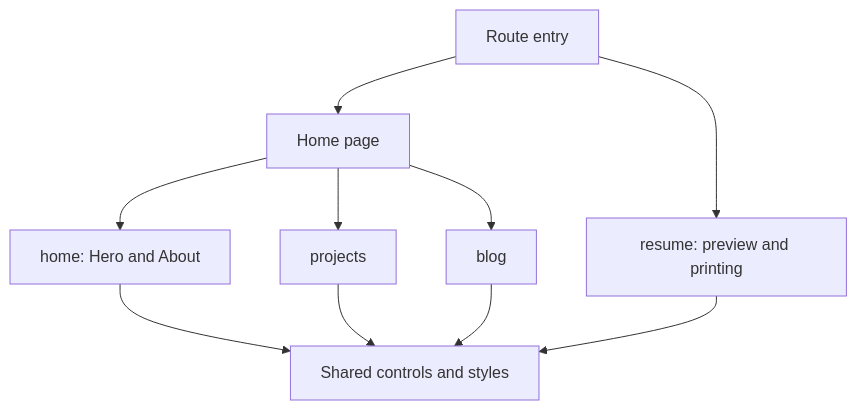
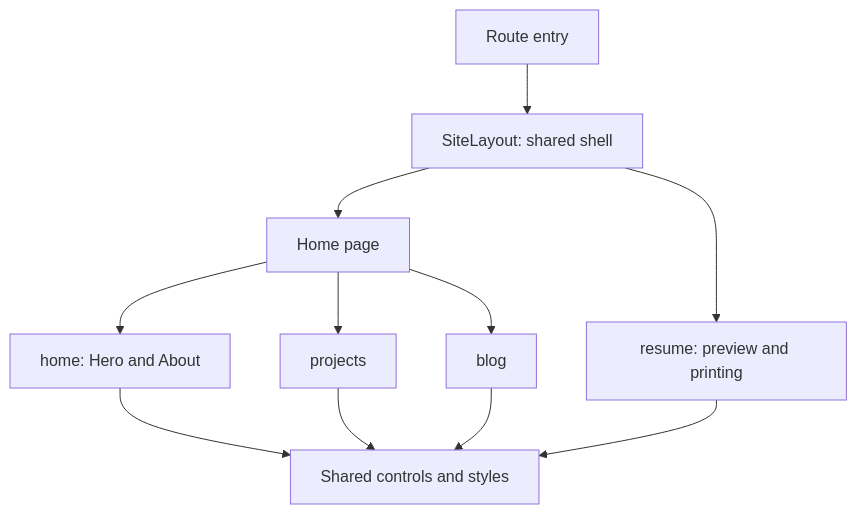
Before and after one commit to bingyangchen/bingyangchen.github.io: the first of 2 diagrams in README.md, drawn with Mermaid. The commit also changed other lines of this file and 8 other files, not shown here.

Commit message:
feat: refactor site structure by implementing SiteLayout and updating Home page components

````diff
--- a/README.md
+++ b/README.md
@@ -60,12 +62,13 @@
 ```mermaid
 flowchart TD
-  router[Route entry] --> page[Home page]
-  router --> resume[resume: preview and printing]
+  router[Route entry] --> layout[SiteLayout: shared shell]
+  layout --> page[Home page]
+  layout --> resume[resume: preview and printing]
   page[Home page] --> home[home: Hero and About]
   page --> projects[projects]
   page --> blog[blog]
   home --> controls[Shared controls and styles]
   projects --> controls
   blog --> controls
   resume --> controls
 ```
````
